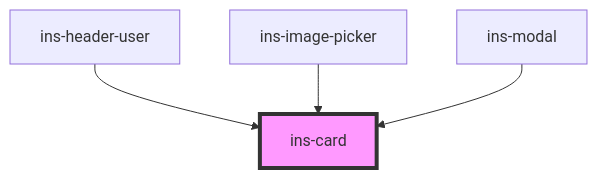
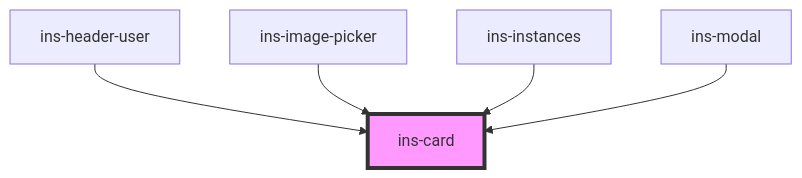
The diagram in components/src/components/ins-card/README.md (insites-io/insites-components-v2), drawn with Mermaid before and after one commit. The commit also changed other lines of this file and 1583 other files, not shown here.

````diff
--- a/components/src/components/ins-card/README.md
+++ b/components/src/components/ins-card/README.md
@@ -26,7 +27,8 @@
 ```mermaid
 graph TD;
   ins-header-user --> ins-card
   ins-image-picker --> ins-card
+  ins-instances --> ins-card
   ins-modal --> ins-card
   style ins-card fill:#f9f,stroke:#333,stroke-width:4px
 ```
````
